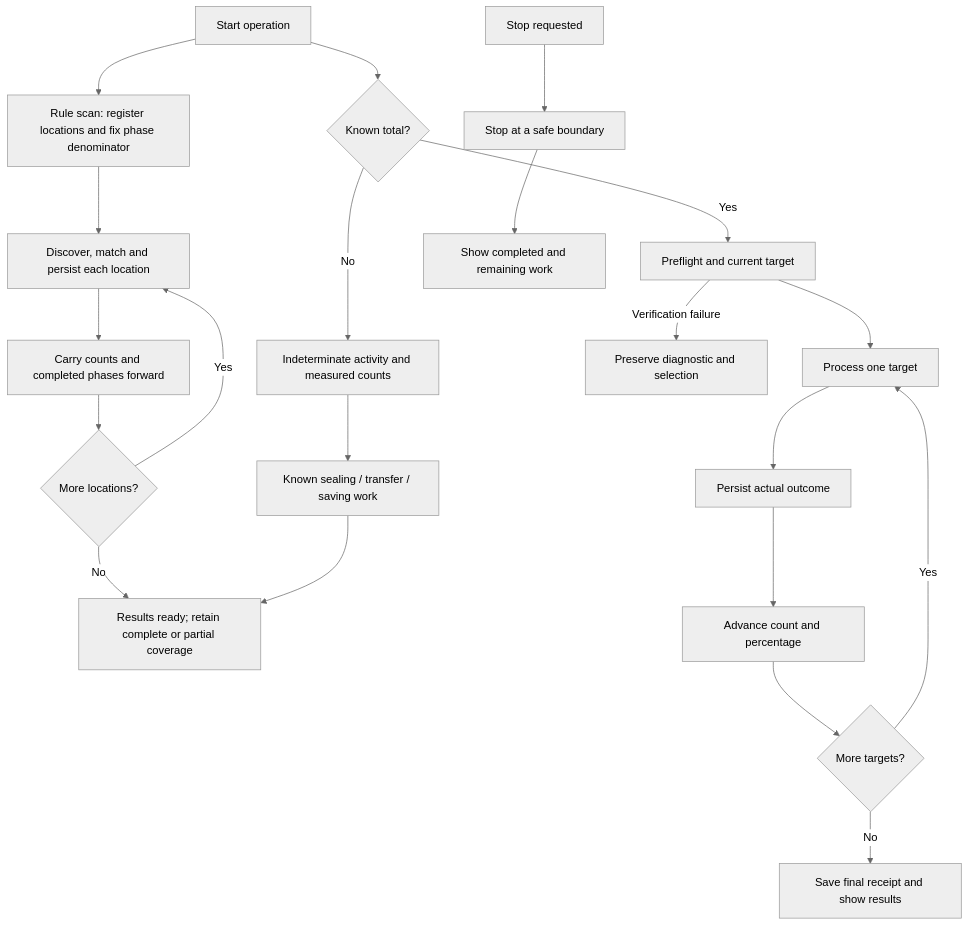
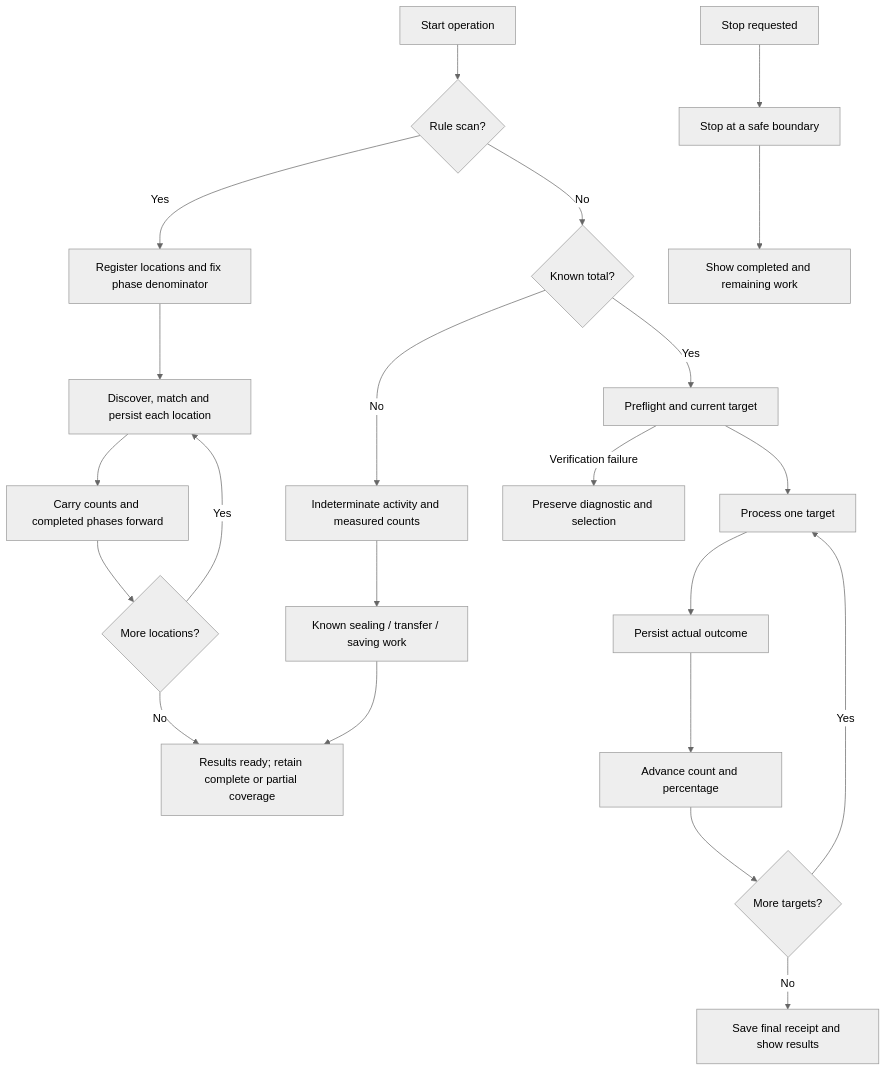
The second of 4 diagrams in docs/product/operation-progress.md (limecloud/shou), drawn with Mermaid (neutral theme) before and after one commit. The commit also changed 1 other file, not shown here.

Commit message:
docs: clarify rule-scan branches in progress diagrams

````diff
--- a/docs/product/operation-progress.md
+++ b/docs/product/operation-progress.md
@@ -52,23 +52,24 @@
 ```mermaid
 flowchart TD
-  Start[Start operation] --> Known{Known total?}
-  Start --> Register[Rule scan: register locations and fix phase denominator]
+  Start[Start operation] --> Kind{Rule scan?}
+  Kind -->|No| Known{Known total?}
+  Kind -->|Yes| Register[Register locations and fix phase denominator]
   Register --> ScanLocation[Discover, match and persist each location]
   ScanLocation --> Cumulative[Carry counts and completed phases forward]
   Cumulative --> NextLocation{More locations?}
   NextLocation -->|Yes| ScanLocation
   NextLocation -->|No| Ready
   Known -->|No| Discover[Indeterminate activity and measured counts]
   Discover --> Stage[Known sealing / transfer / saving work]
   Stage --> Ready[Results ready; retain complete or partial coverage]
   Known -->|Yes| Check[Preflight and current target]
   Check --> Work[Process one target]
   Work --> Save[Persist actual outcome]
   Save --> Count[Advance count and percentage]
   Count --> More{More targets?}
   More -->|Yes| Work
   More -->|No| Finish[Save final receipt and show results]
   Stop[Stop requested] --> Boundary[Stop at a safe boundary]
   Boundary --> Partial[Show completed and remaining work]
   Check -->|Verification failure| Error[Preserve diagnostic and selection]
 ```
````
